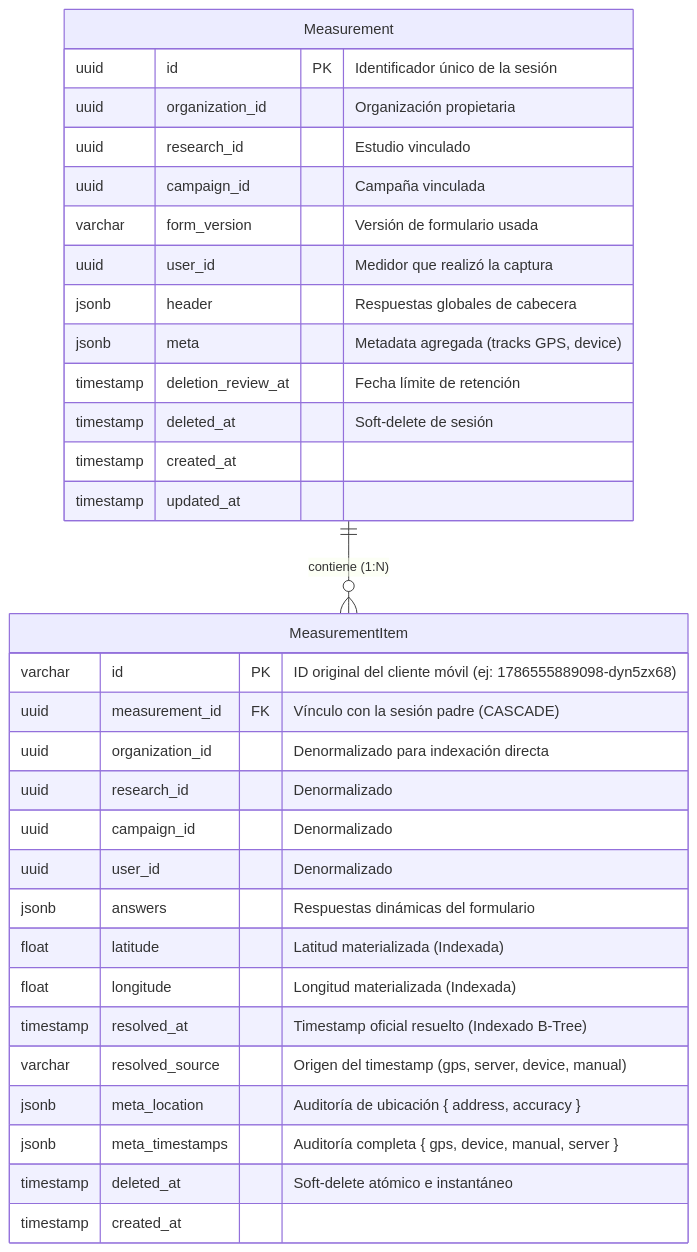
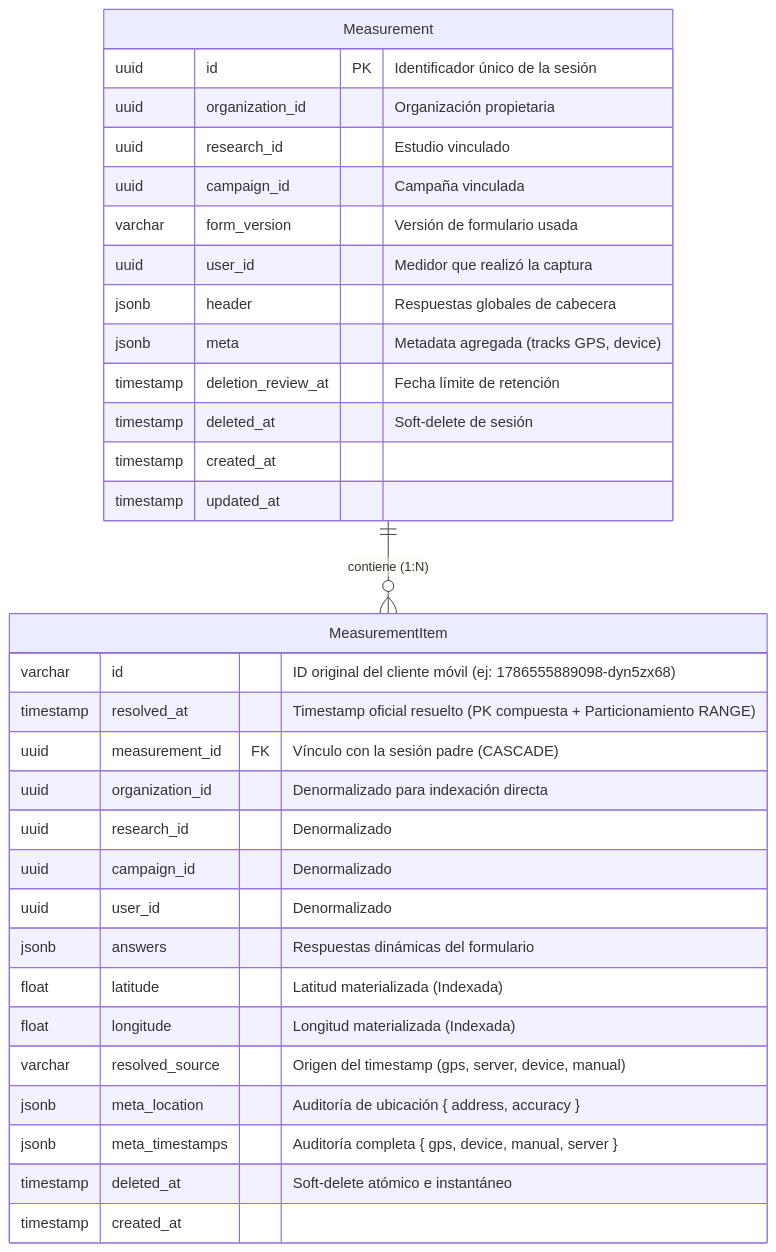
The diagram in README.md (juanandresra/test-service-measurement-citydata), drawn with Mermaid before and after one commit. The commit also changed other lines of this file and 11 other files, not shown here.

````diff
--- a/README.md
+++ b/README.md
@@ -55,37 +55,37 @@
 ```mermaid
 erDiagram
     Measurement ||--o{ MeasurementItem : "contiene (1:N)"
 
     Measurement {
         uuid id PK "Identificador único de la sesión"
         uuid organization_id "Organización propietaria"
         uuid research_id "Estudio vinculado"
         uuid campaign_id "Campaña vinculada"
         varchar form_version "Versión de formulario usada"
         uuid user_id "Medidor que realizó la captura"
         jsonb header "Respuestas globales de cabecera"
         jsonb meta "Metadata agregada (tracks GPS, device)"
         timestamp deletion_review_at "Fecha límite de retención"
         timestamp deleted_at "Soft-delete de sesión"
         timestamp created_at
         timestamp updated_at
     }
 
     MeasurementItem {
-        varchar id PK "ID original del cliente móvil (ej: 1786555889098-dyn5zx68)"
+        varchar id "ID original del cliente móvil (ej: 1786555889098-dyn5zx68)"
+        timestamp resolved_at "Timestamp oficial resuelto (PK compuesta + Particionamiento RANGE)"
         uuid measurement_id FK "Vínculo con la sesión padre (CASCADE)"
         uuid organization_id "Denormalizado para indexación directa"
         uuid research_id "Denormalizado"
         uuid campaign_id "Denormalizado"
         uuid user_id "Denormalizado"
         jsonb answers "Respuestas dinámicas del formulario"
         float latitude "Latitud materializada (Indexada)"
         float longitude "Longitud materializada (Indexada)"
-        timestamp resolved_at "Timestamp oficial resuelto (Indexado B-Tree)"
         varchar resolved_source "Origen del timestamp (gps, server, device, manual)"
         jsonb meta_location "Auditoría de ubicación { address, accuracy }"
         jsonb meta_timestamps "Auditoría completa { gps, device, manual, server }"
         timestamp deleted_at "Soft-delete atómico e instantáneo"
         timestamp created_at
     }
 ```
````
